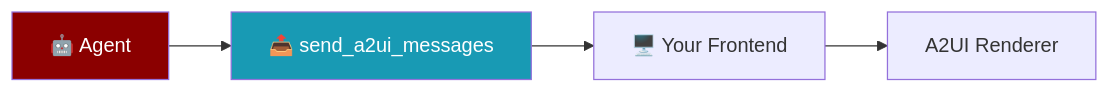
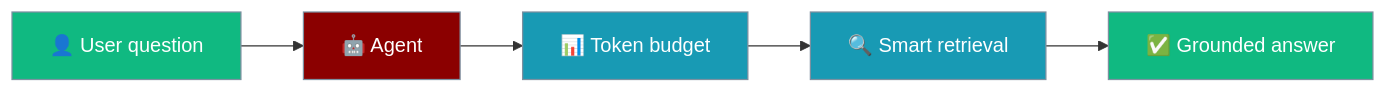
Before and after one commit to MervinPraison/PraisonAIDocs: the diagram in docs/features/large-context-overview.mdx, drawn with Mermaid. The commit also changed other lines of this file and 19 other files, not shown here.

````diff
--- a/docs/features/large-context-overview.mdx
+++ b/docs/features/large-context-overview.mdx
@@ -9,11 +23,14 @@
 ```mermaid
 graph LR
-    Agent[🤖 Agent] --> Tool[📤 send_a2ui_messages]
-    Tool --> Frontend[🖥️ Your Frontend]
-    Frontend --> Render[A2UI Renderer]
+    User[👤 User question] --> Agent[🤖 Agent]
+    Agent --> Budget[📊 Token budget]
+    Budget --> Retrieve[🔍 Smart retrieval]
+    Retrieve --> Answer[✅ Grounded answer]
 
-    classDef agent fill:#8B0000,color:#fff
-    classDef tool fill:#189AB4,color:#fff
+    classDef agent fill:#8B0000,stroke:#7C90A0,color:#fff
+    classDef tool fill:#189AB4,stroke:#7C90A0,color:#fff
+    classDef ok fill:#10B981,stroke:#7C90A0,color:#fff
     class Agent agent
-    class Tool tool
+    class Budget,Retrieve tool
+    class User,Answer ok
 ```
````
